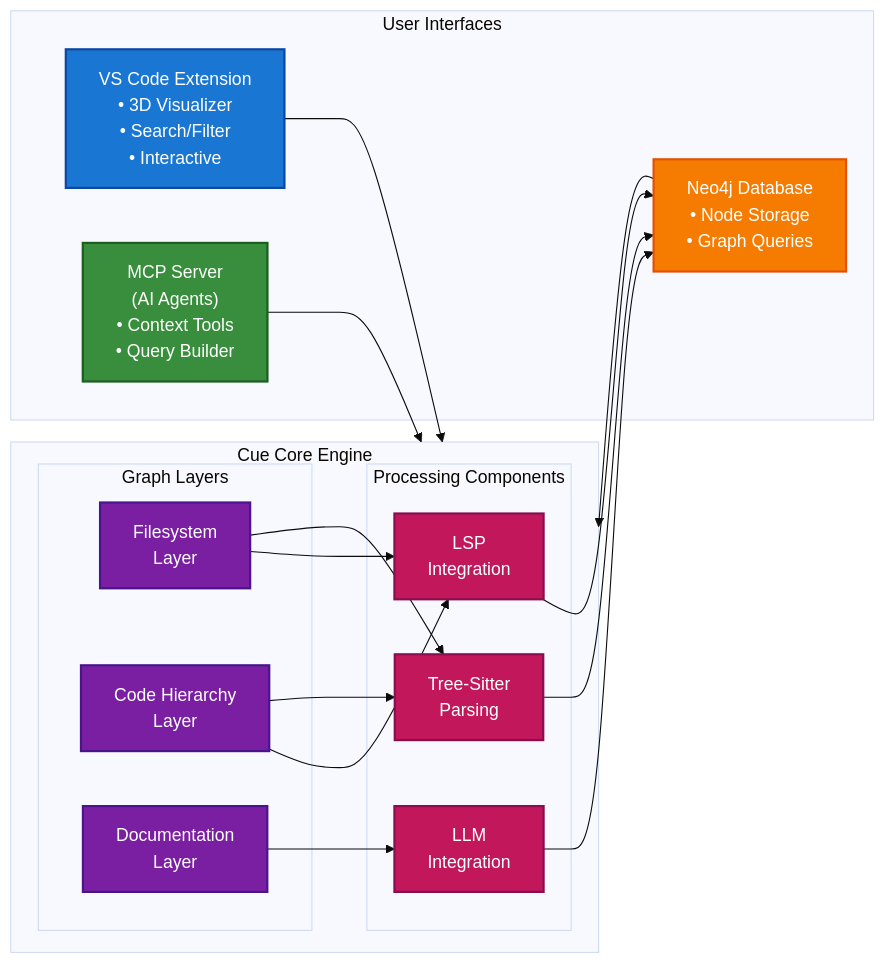
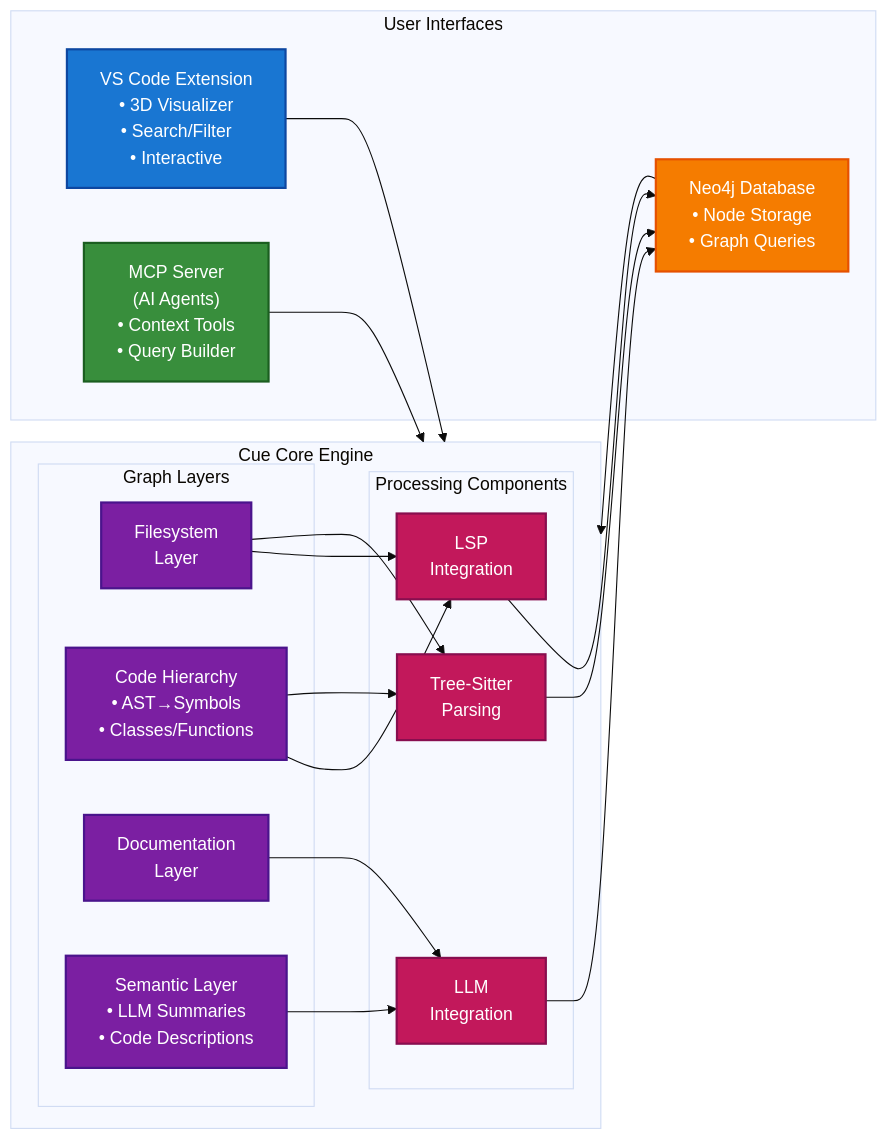
Before and after one commit to rysweet/cue: the diagram in README.md, drawn with Mermaid (base theme).

Commit message:
fix: add missing Semantic Layer and AST→Symbols binding to diagram
- Added Semantic Layer with LLM Summaries and Code Descriptions
- Updated Code Hierarchy Layer to show AST→Symbols binding
- Connected Semantic Layer to LLM Integration component
- Maintains horizontal layout and dark color scheme

🤖 Generated with [Claude Code](https://claude.ai/code)

````diff
--- a/README.md
+++ b/README.md
@@ -22,46 +22,49 @@
 ```mermaid
 flowchart LR
     subgraph UI["User Interfaces"]
         VSCode["VS Code Extension<br/>• 3D Visualizer<br/>• Search/Filter<br/>• Interactive"]
         MCP["MCP Server<br/>(AI Agents)<br/>• Context Tools<br/>• Query Builder"]
         Neo4j["Neo4j Database<br/>• Node Storage<br/>• Graph Queries"]
     end
     
     subgraph Core["Cue Core Engine"]
         subgraph GL["Graph Layers"]
             FS["Filesystem<br/>Layer"]
-            CH["Code Hierarchy<br/>Layer"]
+            CH["Code Hierarchy<br/>• AST→Symbols<br/>• Classes/Functions"]
             DOC["Documentation<br/>Layer"]
+            SEM["Semantic Layer<br/>• LLM Summaries<br/>• Code Descriptions"]
         end
         
         subgraph PC["Processing Components"]
             LSP["LSP<br/>Integration"]
             TS["Tree-Sitter<br/>Parsing"]
             LLM["LLM<br/>Integration"]
         end
     end
     
     VSCode --> Core
     MCP --> Core
     Neo4j --> Core
     
     FS --> LSP
     FS --> TS
     CH --> LSP
     CH --> TS
     DOC --> LLM
+    SEM --> LLM
     
     LSP --> Neo4j
     TS --> Neo4j
     LLM --> Neo4j
     
     style VSCode fill:#1976d2,color:#ffffff,stroke:#0d47a1,stroke-width:2px
     style MCP fill:#388e3c,color:#ffffff,stroke:#1b5e20,stroke-width:2px
     style Neo4j fill:#f57c00,color:#ffffff,stroke:#e65100,stroke-width:2px
     style FS fill:#7b1fa2,color:#ffffff,stroke:#4a148c,stroke-width:2px
     style CH fill:#7b1fa2,color:#ffffff,stroke:#4a148c,stroke-width:2px
     style DOC fill:#7b1fa2,color:#ffffff,stroke:#4a148c,stroke-width:2px
+    style SEM fill:#7b1fa2,color:#ffffff,stroke:#4a148c,stroke-width:2px
     style LSP fill:#c2185b,color:#ffffff,stroke:#880e4f,stroke-width:2px
     style TS fill:#c2185b,color:#ffffff,stroke:#880e4f,stroke-width:2px
     style LLM fill:#c2185b,color:#ffffff,stroke:#880e4f,stroke-width:2px
 ```
````
